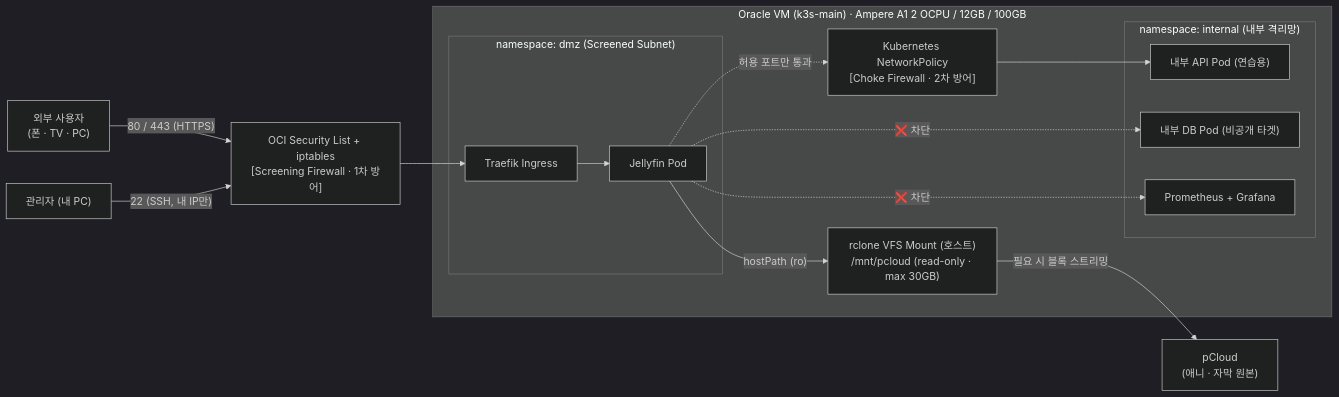
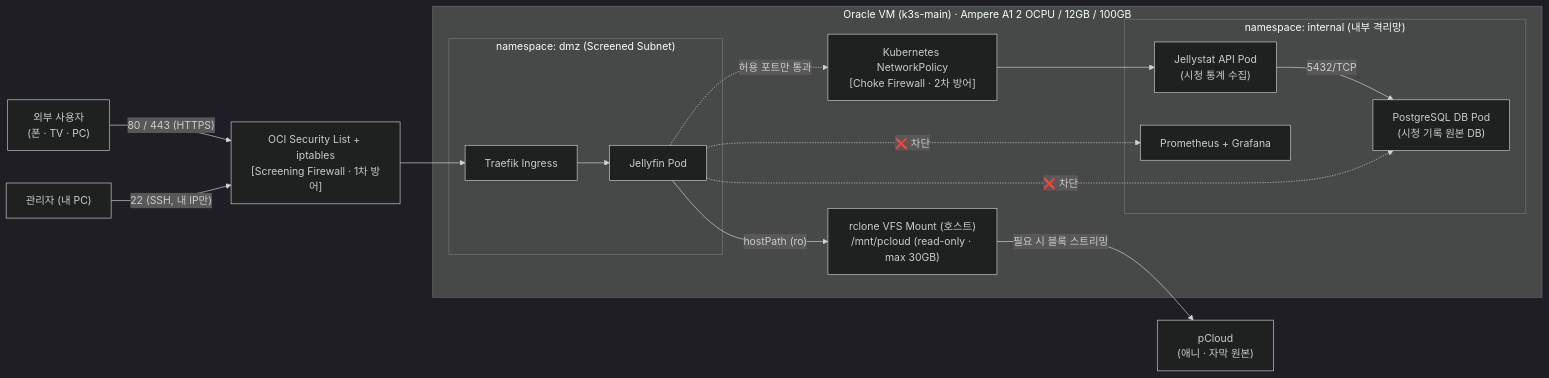
One commit to handgym2/k3s-midea-server changed the diagram in PORTFOLIO.md. Above: the diagram before and after it, drawn with Mermaid (dark theme). The commit also changed other lines of this file and 8 other files, not shown here.

Commit message:
feat(k3s): update architecture diagram with Jellystat/PostgreSQL and add K3s install verification

````diff
--- a/PORTFOLIO.md
+++ b/PORTFOLIO.md
@@ -10,29 +10,30 @@
 ```mermaid
 flowchart LR
     User["외부 사용자<br/>(폰 · TV · PC)"] -->|"80 / 443 (HTTPS)"| SL["OCI Security List + iptables<br/>[Screening Firewall · 1차 방어]"]
     Admin["관리자 (내 PC)"] -->|"22 (SSH, 내 IP만)"| SL
     SL --> ING
 
     subgraph VM["Oracle VM (k3s-main) · Ampere A1 2 OCPU / 12GB / 100GB"]
         subgraph DMZ["namespace: dmz (Screened Subnet)"]
             ING["Traefik Ingress"] --> JF["Jellyfin Pod"]
         end
 
         RC["rclone VFS Mount (호스트)<br/>/mnt/pcloud (read-only · max 30GB)"]
         JF -->|"hostPath (ro)"| RC
 
         NP["Kubernetes NetworkPolicy<br/>[Choke Firewall · 2차 방어]"]
 
         subgraph INT["namespace: internal (내부 격리망)"]
-            API["내부 API Pod (연습용)"]
-            DB["내부 DB Pod (비공개 타겟)"]
+            API["Jellystat API Pod<br/>(시청 통계 수집)"]
+            DB["PostgreSQL DB Pod<br/>(시청 기록 원본 DB)"]
             MON["Prometheus + Grafana"]
+            API -->|"5432/TCP"| DB
         end
 
         JF -.->|"허용 포트만 통과"| NP --> API
         JF -.->|"❌ 차단"| DB
         JF -.->|"❌ 차단"| MON
     end
 
     RC -->|"필요 시 블록 스트리밍"| PC["pCloud<br/>(애니 · 자막 원본)"]
 ```
````
